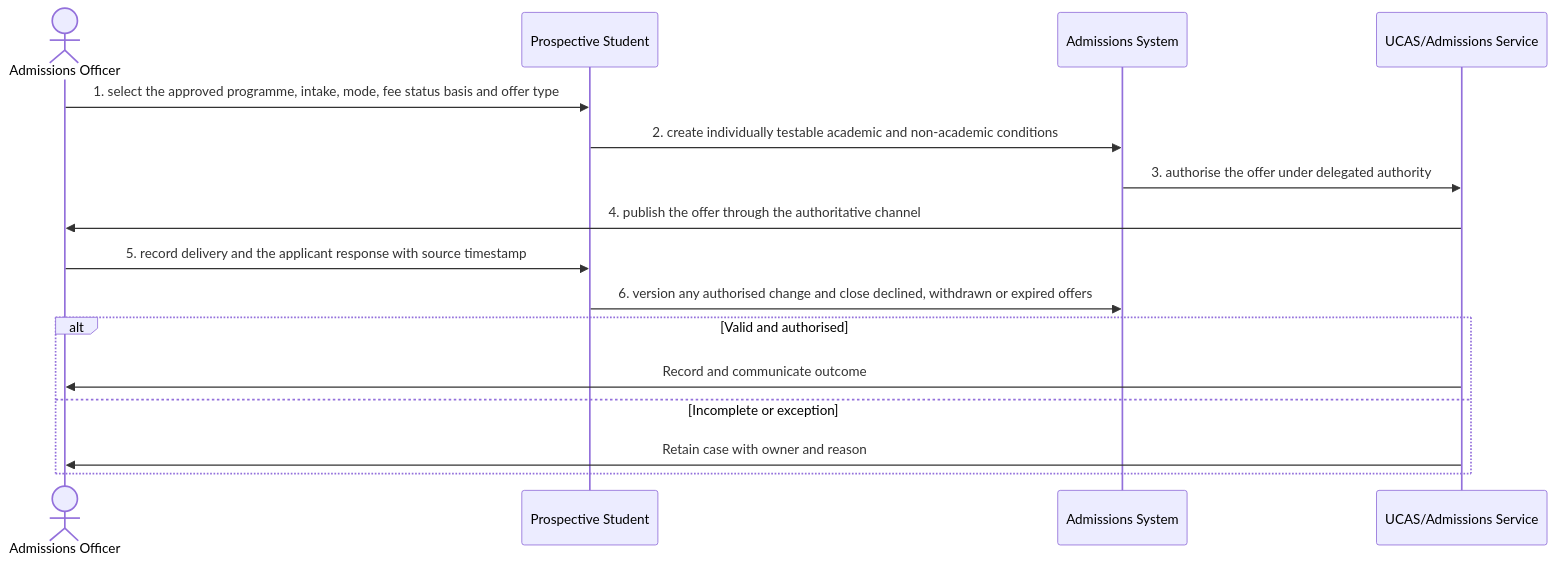
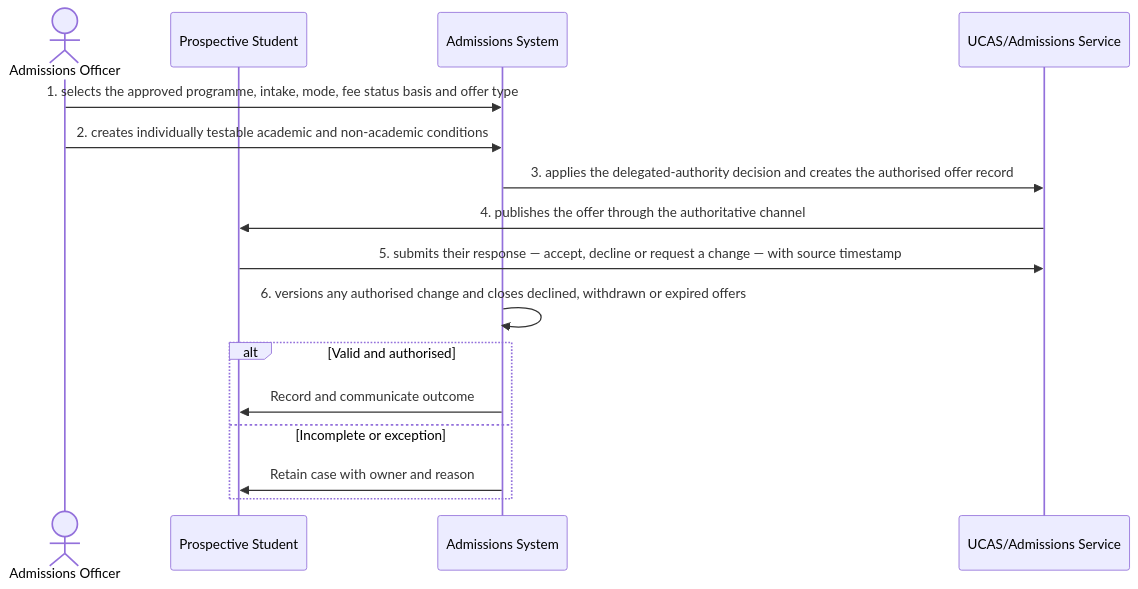
One commit to RevelationCore/Revelation-SRS changed the diagram in docs/business-processes/01-recruitment-and-admissions/bp-01-003-make-and-manage-an-offer.md. Above: the diagram before and after it, drawn with Mermaid. The commit also changed other lines of this file and 96 other files, not shown here.

````diff
--- a/docs/business-processes/01-recruitment-and-admissions/bp-01-003-make-and-manage-an-offer.md
+++ b/docs/business-processes/01-recruitment-and-admissions/bp-01-003-make-and-manage-an-offer.md
@@ -159,18 +159,18 @@
 ```mermaid
 sequenceDiagram
     actor A1 as Admissions Officer
     participant A2 as Prospective Student
     participant A3 as Admissions System
     participant A4 as UCAS/Admissions Service
-    A1->>A2: 1. select the approved programme, intake, mode, fee status basis and offer type
-    A2->>A3: 2. create individually testable academic and non-academic conditions
-    A3->>A4: 3. authorise the offer under delegated authority
-    A4->>A1: 4. publish the offer through the authoritative channel
-    A1->>A2: 5. record delivery and the applicant response with source timestamp
-    A2->>A3: 6. version any authorised change and close declined, withdrawn or expired offers
+    A1->>A3: 1. selects the approved programme, intake, mode, fee status basis and offer type
+    A1->>A3: 2. creates individually testable academic and non-academic conditions
+    A3->>A4: 3. applies the delegated-authority decision and creates the authorised offer record
+    A4->>A2: 4. publishes the offer through the authoritative channel
+    A2->>A4: 5. submits their response — accept, decline or request a change — with source timestamp
+    A3->>A3: 6. versions any authorised change and closes declined, withdrawn or expired offers
     alt Valid and authorised
-        A4->>A1: Record and communicate outcome
+        A3->>A2: Record and communicate outcome
     else Incomplete or exception
-        A4->>A1: Retain case with owner and reason
+        A3->>A2: Retain case with owner and reason
     end
 ```
````
